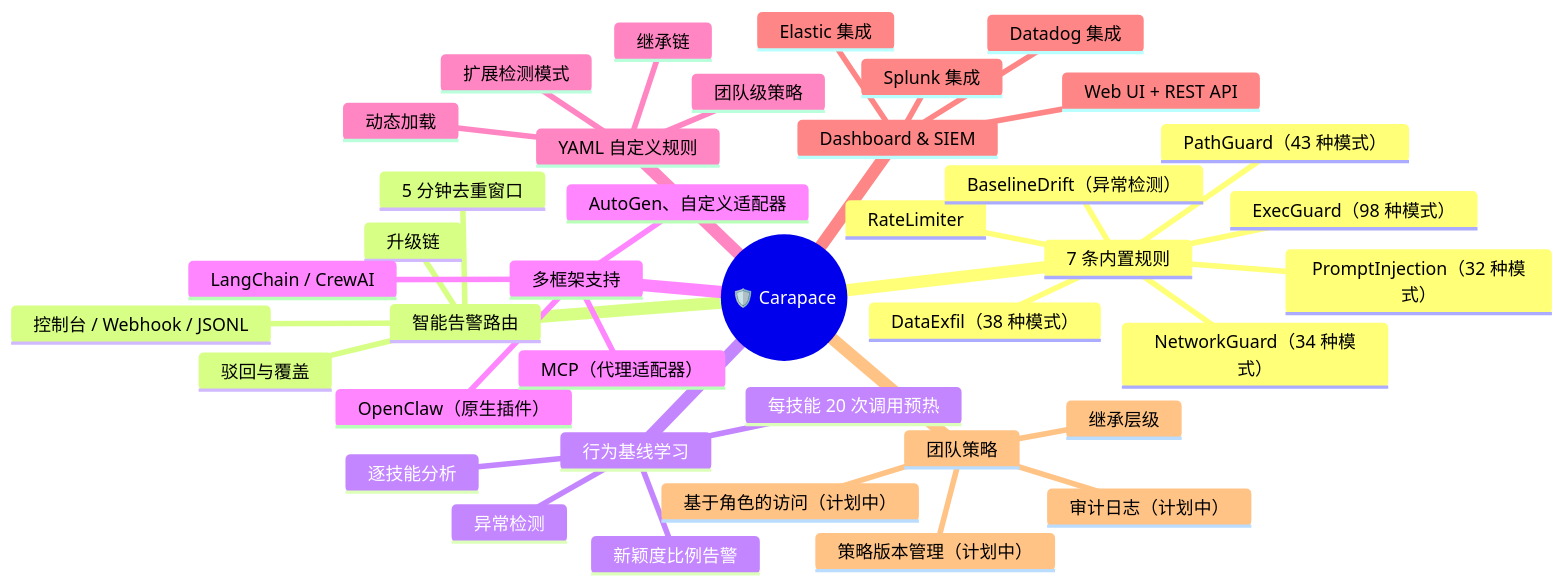
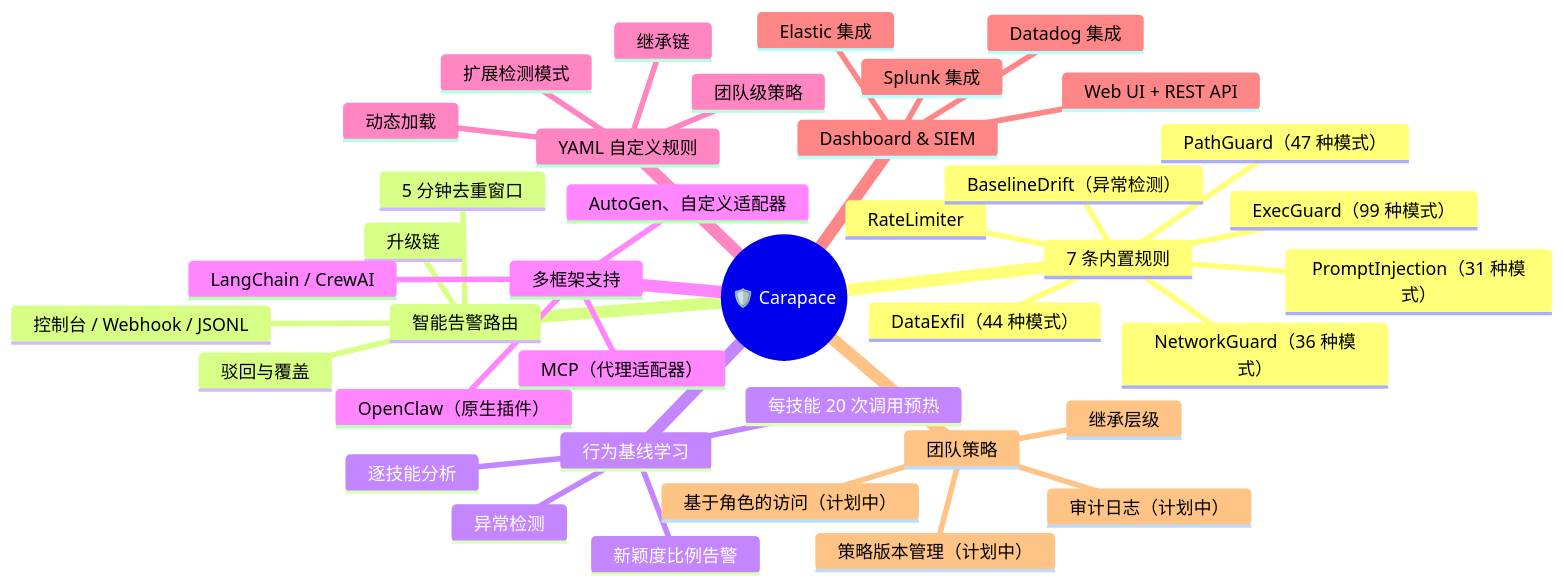
One commit to yeasy/carapace changed the first of 4 diagrams in README.zh-CN.md. Above: the diagram before and after it, drawn with Mermaid. The commit also changed other lines of this file and 9 other files, not shown here.

````diff
--- a/README.zh-CN.md
+++ b/README.zh-CN.md
@@ -70,42 +70,42 @@
 ```mermaid
 mindmap
   root((🛡️ Carapace))
     7 条内置规则
-      ExecGuard（98 种模式）
-      PathGuard（43 种模式）
-      NetworkGuard（34 种模式）
+      ExecGuard（99 种模式）
+      PathGuard（47 种模式）
+      NetworkGuard（36 种模式）
       RateLimiter
-      PromptInjection（32 种模式）
-      DataExfil（38 种模式）
+      PromptInjection（31 种模式）
+      DataExfil（44 种模式）
       BaselineDrift（异常检测）
     智能告警路由
       5 分钟去重窗口
       升级链
       驳回与覆盖
       控制台 / Webhook / JSONL
     行为基线学习
       每技能 20 次调用预热
       逐技能分析
       异常检测
       新颖度比例告警
     多框架支持
       OpenClaw（原生插件）
       MCP（代理适配器）
       LangChain / CrewAI
       AutoGen、自定义适配器
     YAML 自定义规则
       扩展检测模式
       团队级策略
       继承链
       动态加载
     Dashboard & SIEM
       Web UI + REST API
       Splunk 集成
       Elastic 集成
       Datadog 集成
     团队策略
       继承层级
       基于角色的访问（计划中）
       策略版本管理（计划中）
       审计日志（计划中）
 ```
````
